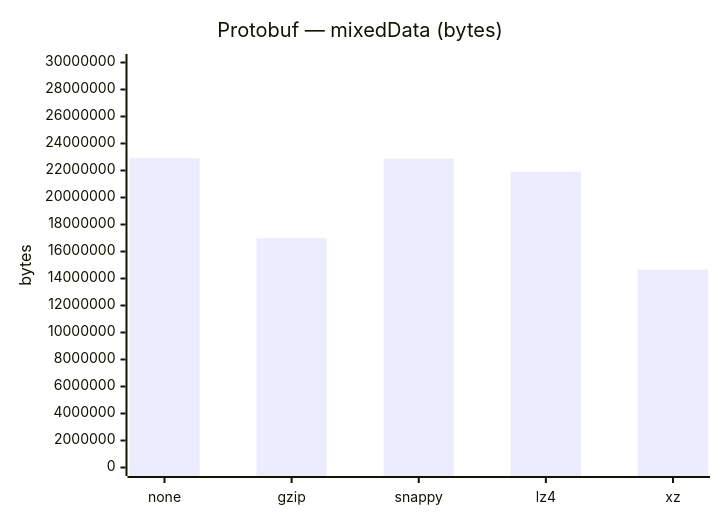
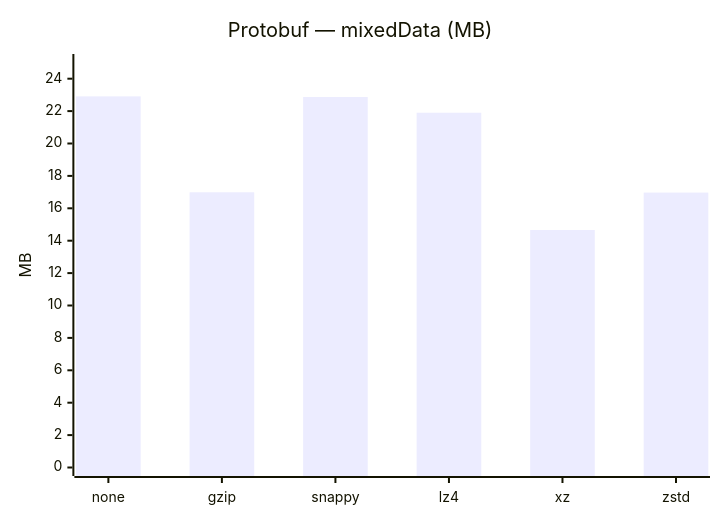
Before and after one commit to nryanov/SerializationBenchmark: diagram 16 of 33 in results/2026/file-sizes.md, drawn with Mermaid. The commit also changed other lines of this file, not shown here.

Commit message:
doc: update file size charts

````diff
--- a/results/2026/file-sizes.md
+++ b/results/2026/file-sizes.md
@@ -221,8 +221,8 @@
 ```mermaid
-%%{init: {"config": {"xyChart": {"width": 525, "height": 360}}}}%%
+%%{init: {"config": {"xyChart": {"width": 610, "height": 360}}}}%%
 xychart-beta
-    title "Protobuf — mixedData (bytes)"
-    x-axis ["none", "gzip", "snappy", "lz4", "xz"]
-    y-axis "bytes" 0 --> 30000000
-    bar [22913304, 16985043, 22874142, 21904990, 14656644]
+    title "Protobuf — mixedData (MB)"
+    x-axis ["none", "gzip", "snappy", "lz4", "xz", "zstd"]
+    y-axis "MB" 0 --> 25
+    bar [22.91, 16.99, 22.87, 21.9, 14.66, 16.97]
 ```
````
